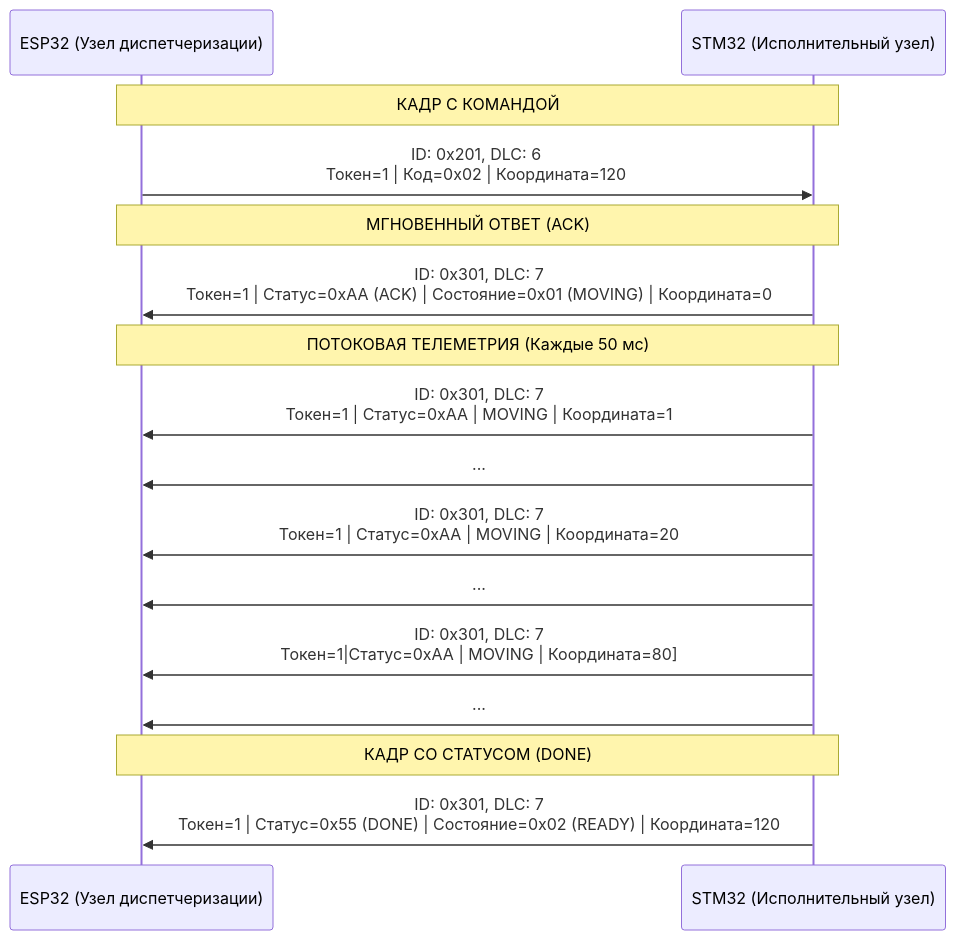
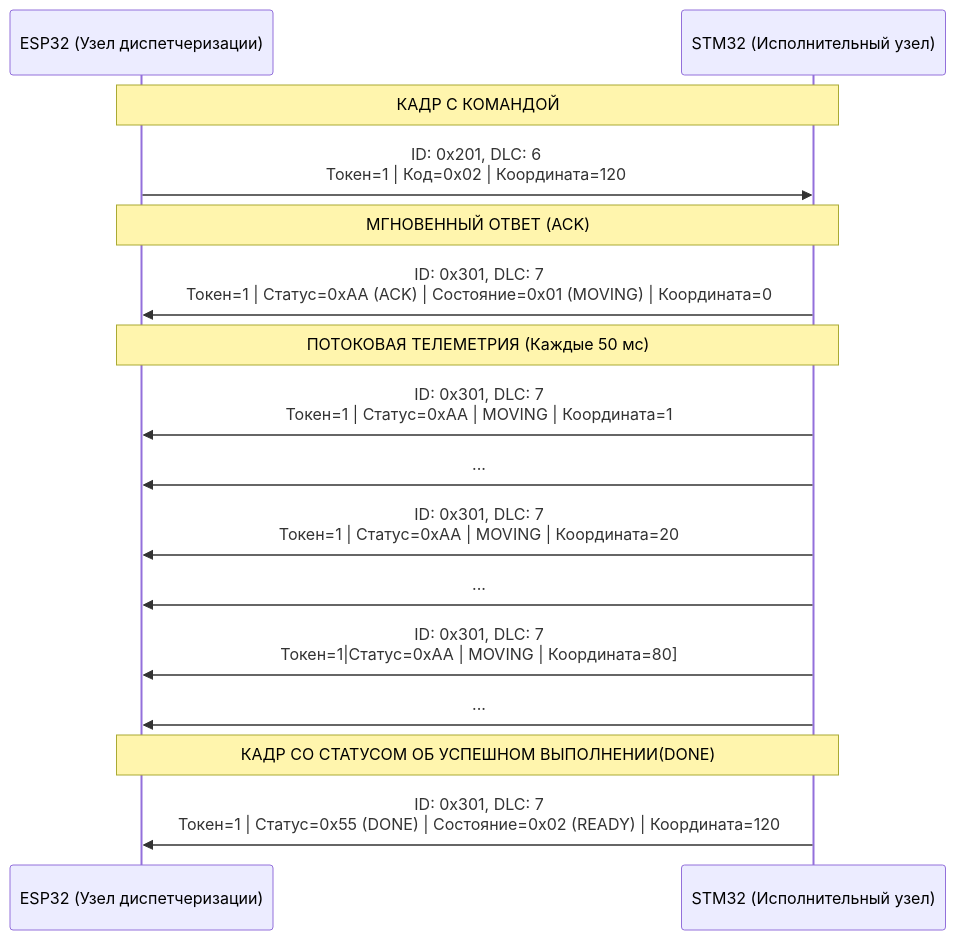
One commit to malcevandrew/Distributed-Motion-System changed the second of 2 diagrams in README.md. Above: the diagram before and after it, drawn with Mermaid. The commit also changed other lines of this file, not shown here.

````diff
--- a/README.md
+++ b/README.md
@@ -259,36 +259,36 @@
 ```mermaid
 sequenceDiagram
     
     participant Master as ESP32 (Узел диспетчеризации)
     participant Slave as STM32 (Исполнительный узел)
 
     Note over Master, Slave: КАДР С КОМАНДОЙ
 
     Master->>Slave: ID: 0x201, DLC: 6<br/>Токен=1 |   Код=0x02 | Координата=120
     
 
 
     Note over Master, Slave: МГНОВЕННЫЙ ОТВЕТ (ACK)
 
     Slave->>Master: ID: 0x301, DLC: 7<br/>Токен=1  |  Статус=0xAA (ACK) | Состояние=0x01 (MOVING) | Координата=0
 
    
 
     Note over Master, Slave: ПОТОКОВАЯ ТЕЛЕМЕТРИЯ (Каждые 50 мс)
     
 
     Slave->>Master: ID: 0x301, DLC: 7 <br/> Токен=1 | Статус=0xAA | MOVING | Координата=1
     
     Slave->>Master: ...
 
     Slave->>Master: ID: 0x301, DLC: 7 <br/> Токен=1 | Статус=0xAA | MOVING | Координата=20
 
     Slave->>Master: ...
 
     Slave->>Master: ID: 0x301, DLC: 7 <br/> Токен=1|Статус=0xAA | MOVING | Координата=80]
 
     Slave->>Master: ...
 
-    Note over Master, Slave: КАДР СО СТАТУСОМ (DONE)
+    Note over Master, Slave: КАДР СО СТАТУСОМ ОБ УСПЕШНОМ ВЫПОЛНЕНИИ(DONE)
     Slave->>Master: ID: 0x301, DLC: 7<br/>Токен=1 | Статус=0x55 (DONE) | Состояние=0x02 (READY) | Координата=120
 ```    
````
